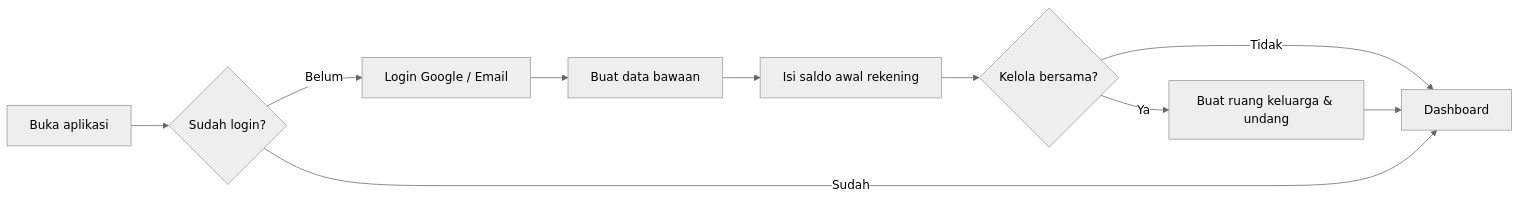
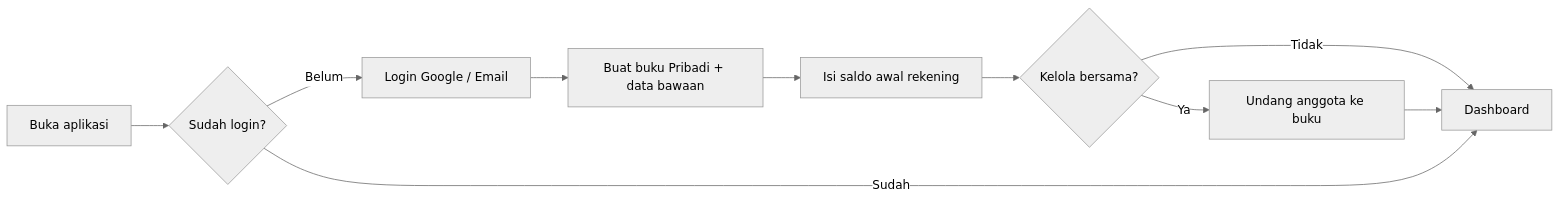
The first of 3 diagrams in docs/BRD-Vynance.md (yuan-nova/vynance), drawn with Mermaid (neutral theme) before and after one commit. The commit also changed other lines of this file and 51 other files, not shown here.

First line of the commit message:
docs: ganti Ruang Keluarga menjadi Buku (banyak buku per akun, akses sama)

````diff
--- a/docs/BRD-Vynance.md
+++ b/docs/BRD-Vynance.md
@@ -128,12 +130,12 @@
 ```mermaid
 flowchart LR
 A[Buka aplikasi] --> B{Sudah login?}
 B -- Belum --> C[Login Google / Email]
-C --> D[Buat data bawaan]
+C --> D[Buat buku Pribadi + data bawaan]
 D --> E[Isi saldo awal rekening]
 E --> F{Kelola bersama?}
-F -- Ya --> G[Buat ruang keluarga & undang]
+F -- Ya --> G[Undang anggota ke buku]
 F -- Tidak --> H[Dashboard]
 G --> H
 B -- Sudah --> H
 ```
````
